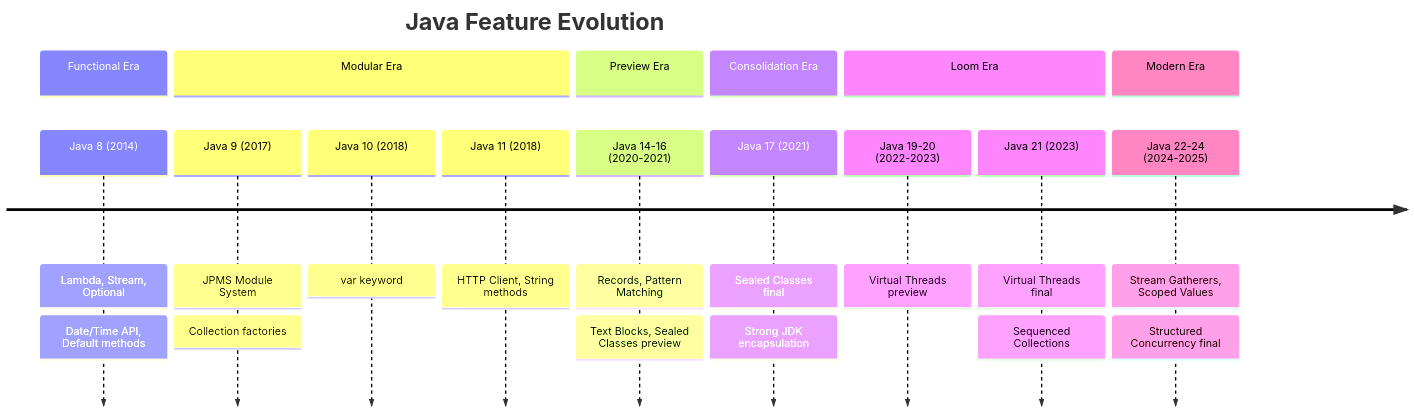
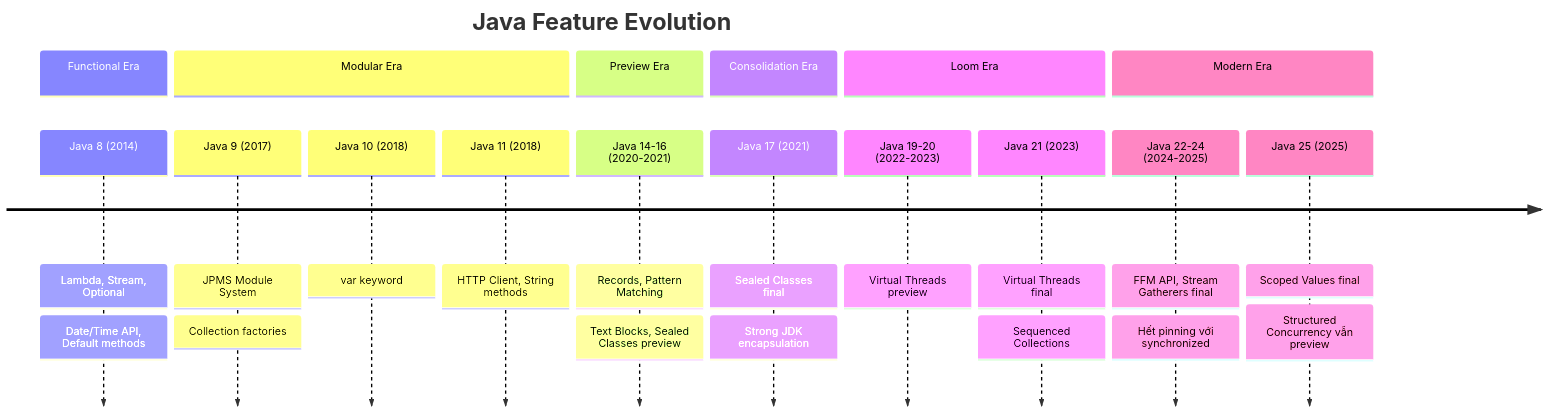
One commit to nguyen-tri-nhan/portfolio changed the diagram in webapp/src/review-content/java-version-history.md. Above: the diagram before and after it, drawn with Mermaid. The commit also changed other lines of this file and 263 other files, not shown here.

````diff
--- a/webapp/src/review-content/java-version-history.md
+++ b/webapp/src/review-content/java-version-history.md
@@ -58,25 +58,27 @@
 ```mermaid
 timeline
     title Java Feature Evolution
     section Functional Era
         Java 8 (2014) : Lambda, Stream, Optional
                       : Date/Time API, Default methods
     section Modular Era
         Java 9 (2017) : JPMS Module System
                       : Collection factories
         Java 10 (2018) : var keyword
         Java 11 (2018) : HTTP Client, String methods
     section Preview Era
         Java 14-16 (2020-2021) : Records, Pattern Matching
                                : Text Blocks, Sealed Classes preview
     section Consolidation Era
         Java 17 (2021) : Sealed Classes final
                        : Strong JDK encapsulation
     section Loom Era
         Java 19-20 (2022-2023) : Virtual Threads preview
         Java 21 (2023) : Virtual Threads final
                        : Sequenced Collections
     section Modern Era
-        Java 22-24 (2024-2025) : Stream Gatherers, Scoped Values
-                               : Structured Concurrency final
+        Java 22-24 (2024-2025) : FFM API, Stream Gatherers final
+                               : Hết pinning với synchronized
+        Java 25 (2025) : Scoped Values final
+                       : Structured Concurrency vẫn preview
 ```
````
